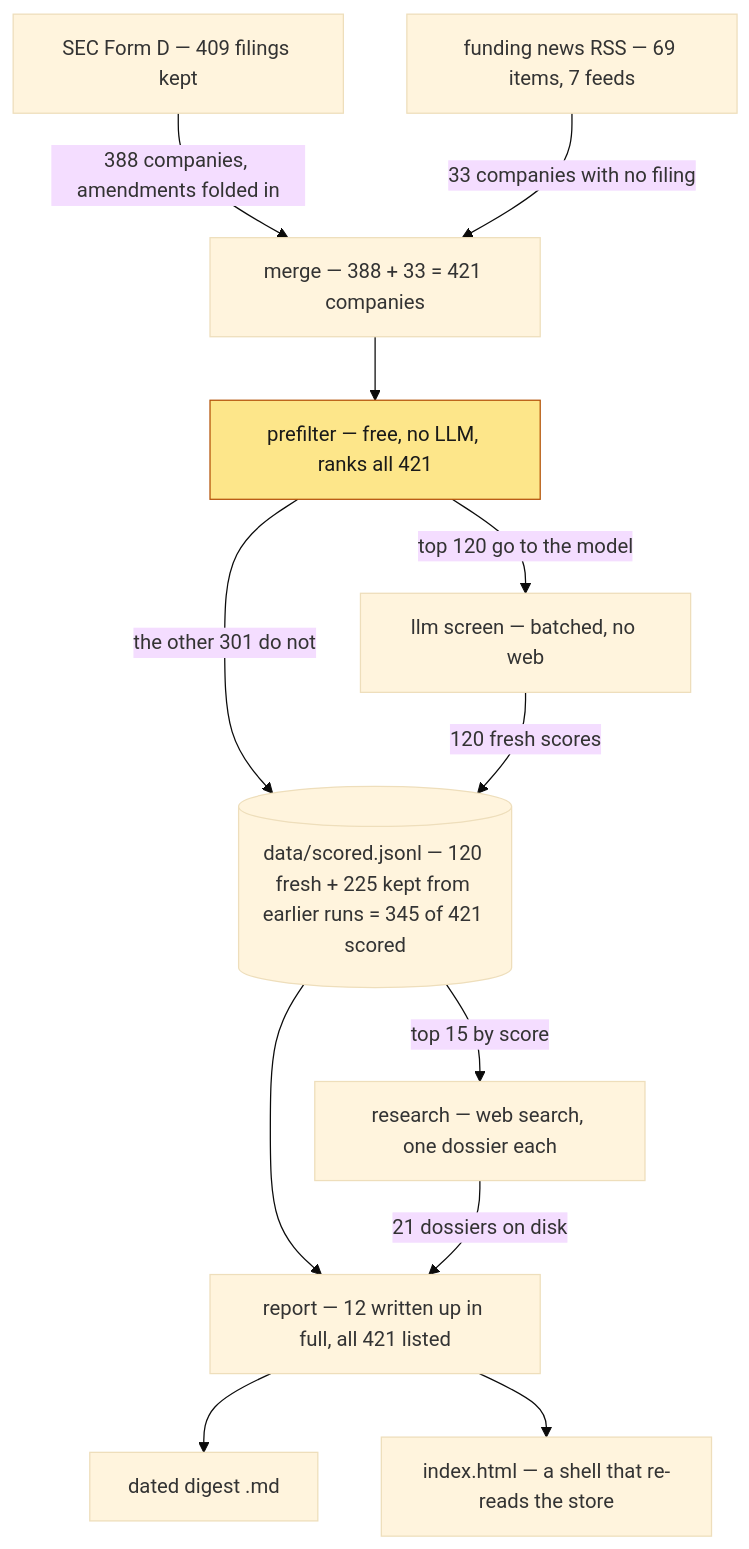
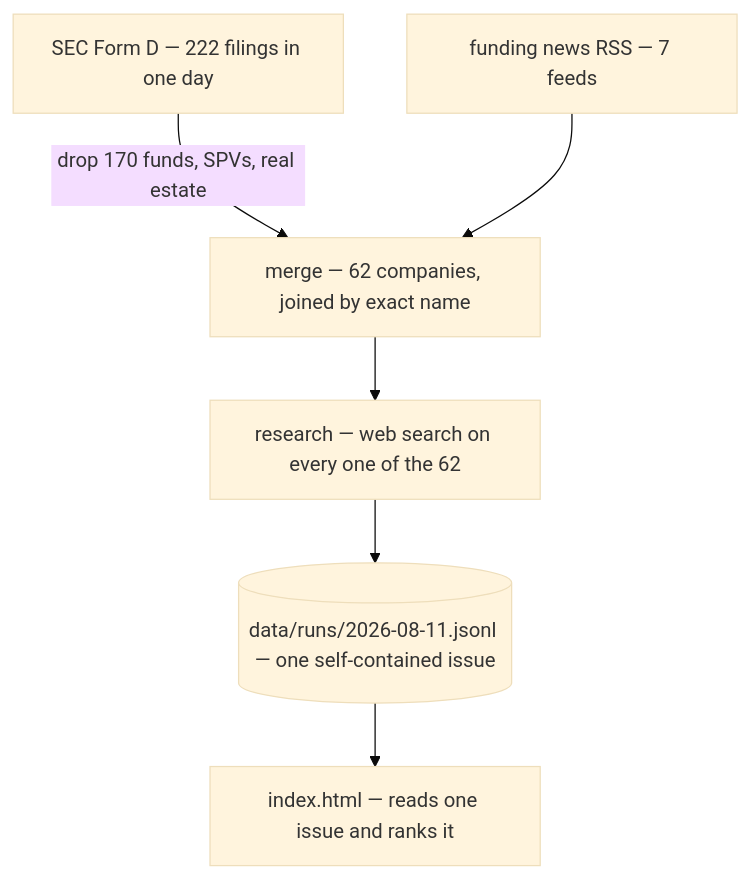
The diagram in README.md (zerolocker/startup-finder), drawn with Mermaid (base theme) before and after one commit. The commit also changed other lines of this file and 36 other files, not shown here.

````diff
--- a/README.md
+++ b/README.md
@@ -43,19 +42,9 @@
 ```mermaid
 flowchart TD
-    A["SEC Form D — 409 filings kept"] -->|"388 companies, amendments folded in"| C
-    B["funding news RSS — 69 items, 7 feeds"] -->|"33 companies with no filing"| C
-    C["merge — 388 + 33 = 421 companies"] --> D
-    D["prefilter — free, no LLM, ranks all 421"]
-    D -->|"top 120 go to the model"| E
-    D -->|"the other 301 do not"| S
-    E["llm screen — batched, no web"] -->|"120 fresh scores"| S
-    S[("data/scored.jsonl — 120 fresh + 225 kept from earlier runs = 345 of 421 scored")]
-    S -->|"top 15 by score"| F
-    S --> R
-    F["research — web search, one dossier each"] -->|"21 dossiers on disk"| R
-    R["report — 12 written up in full, all 421 listed"] --> G["dated digest .md"]
-    R --> H["index.html — a shell that re-reads the store"]
-
-    classDef gate fill:#fde68a,stroke:#b45309,color:#1a1a19
-    class D gate
+    A["SEC Form D — 222 filings in one day"] -->|"drop 170 funds, SPVs, real estate"| C
+    B["funding news RSS — 7 feeds"] --> C
+    C["merge — 62 companies, joined by exact name"] --> D
+    D["research — web search on every one of the 62"]
+    D --> S[("data/runs/2026-08-11.jsonl — one self-contained issue")]
+    S --> H["index.html — reads one issue and ranks it"]
 ```
````
